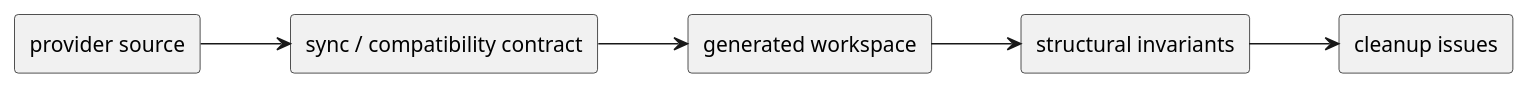
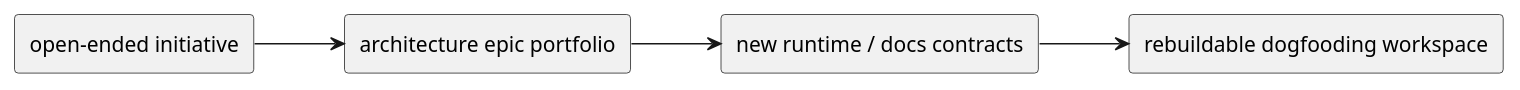
Before and after one commit to chemitaro/spec-dock: the diagram in spec-dock/initiatives/init-local-00003-architecture-maintenance-and-hardening/design.md, drawn with PlantUML. The commit also changed other lines of this file and 31 other files, not shown here.

First line of the commit message:
docs(spec-dock): open-ended initiative運用へ移行し、epic-00033を追加

````diff
--- a/spec-dock/initiatives/init-local-00003-architecture-maintenance-and-hardening/design.md
+++ b/spec-dock/initiatives/init-local-00003-architecture-maintenance-and-hardening/design.md
@@ -29,17 +30,15 @@
 ```plantuml
 @startuml
 skinparam monochrome true
 left to right direction
 
-rectangle "provider source" as provider
-rectangle "sync / compatibility contract" as contract
-rectangle "generated workspace" as generated
-rectangle "structural invariants" as invariants
-rectangle "cleanup issues" as cleanup
+rectangle "open-ended initiative" as initiative
+rectangle "architecture epic portfolio" as epics
+rectangle "new runtime / docs contracts" as contracts
+rectangle "rebuildable dogfooding workspace" as dogfood
 
-provider --> contract
-contract --> generated
-generated --> invariants
-invariants --> cleanup
+initiative --> epics
+epics --> contracts
+contracts --> dogfood
 @enduml
 ```
````
